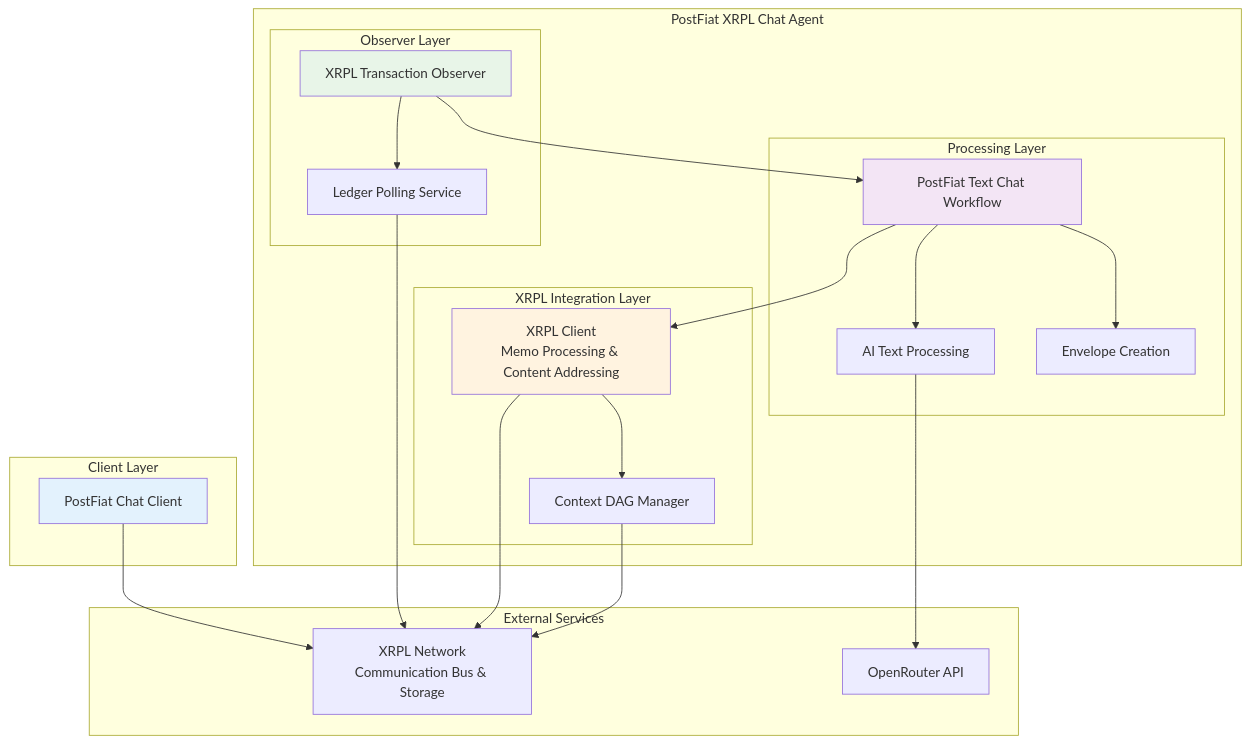
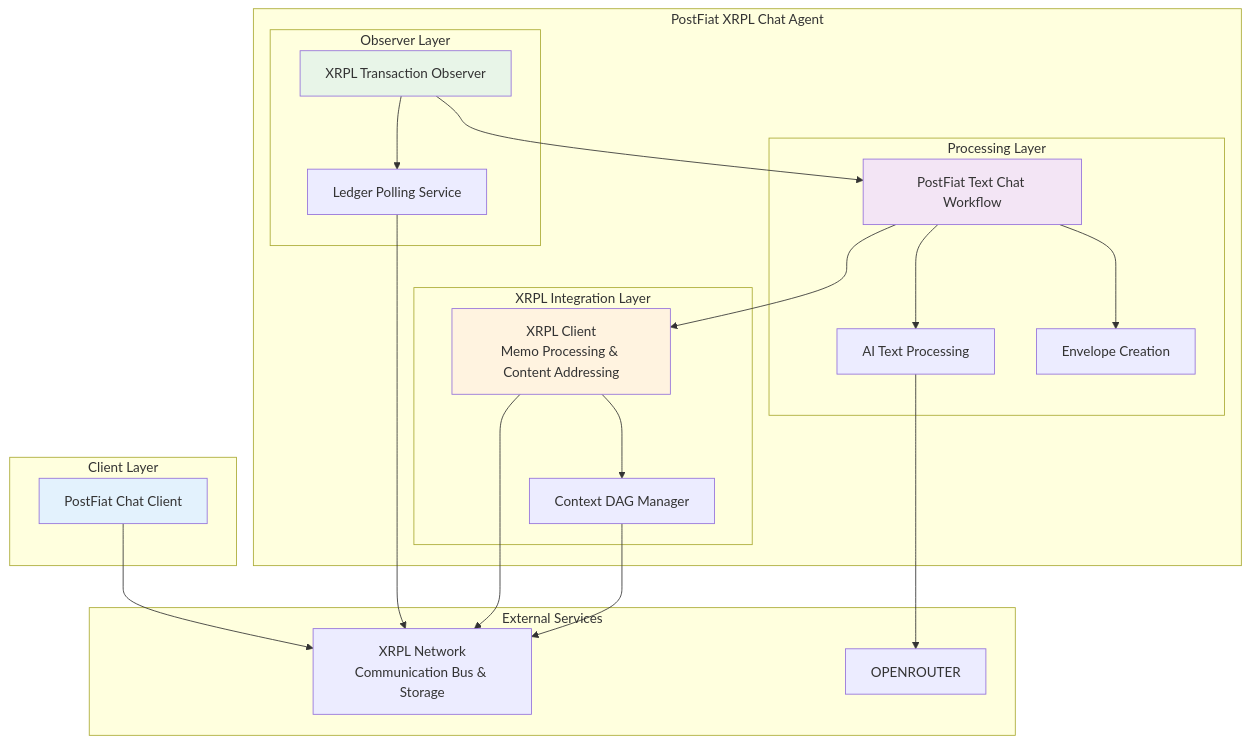
One commit to prometheus88/pfsdk changed the second of 4 diagrams in docs/research/XRPL-CHAT-APPLICATION-ADAPTATION.md. Above: the diagram before and after it, drawn with Mermaid. The commit also changed other lines of this file and 3 other files, not shown here.

First line of the commit message:
Fix mermaid diagram syntax for v10.6.1 compatibility

````diff
--- a/docs/research/XRPL-CHAT-APPLICATION-ADAPTATION.md
+++ b/docs/research/XRPL-CHAT-APPLICATION-ADAPTATION.md
@@ -105,55 +105,55 @@
 ```mermaid
 graph TB
     subgraph "Client Layer"
         CLIENT[PostFiat Chat Client]
     end
 
     subgraph "PostFiat XRPL Chat Agent"
         subgraph "Observer Layer"
             OBSERVER[XRPL Transaction Observer]
             POLLER[Ledger Polling Service]
         end
 
         subgraph "Processing Layer"
             WORKFLOW[PostFiat Text Chat Workflow]
             CHAT_STEP[AI Text Processing]
             ENVELOPE_STEP[Envelope Creation]
         end
 
         subgraph "XRPL Integration Layer"
-            XRPL_CLIENT[XRPL Client<br/>Memo Processing & Content Addressing]
+            XRPL_CLIENT["XRPL Client<br/>Memo Processing & Content Addressing"]
             CONTEXT_DAG[Context DAG Manager]
         end
     end
 
     subgraph "External Services"
-        XRPL_NET[XRPL Network<br/>Communication Bus & Storage]
+        XRPL_NET["XRPL Network<br/>Communication Bus & Storage"]
         OPENROUTER[OpenRouter API]
     end
 
     %% Client to ledger communication
     CLIENT --> XRPL_NET
 
     %% Observer pattern
     OBSERVER --> POLLER
     POLLER --> XRPL_NET
     OBSERVER --> WORKFLOW
 
     %% Processing flow
     WORKFLOW --> CHAT_STEP
     WORKFLOW --> ENVELOPE_STEP
     WORKFLOW --> XRPL_CLIENT
 
     %% XRPL integration
     XRPL_CLIENT --> CONTEXT_DAG
     XRPL_CLIENT --> XRPL_NET
     CONTEXT_DAG --> XRPL_NET
 
     %% External service connections
-    CHAT_STEP --> OPENROUTER
+    CHAT_STEP --> OPENROUTER[OPENROUTER]
 
     style CLIENT fill:#e3f2fd
     style OBSERVER fill:#e8f5e8
     style WORKFLOW fill:#f3e5f5
     style XRPL_CLIENT fill:#fff3e0
 ```
````
